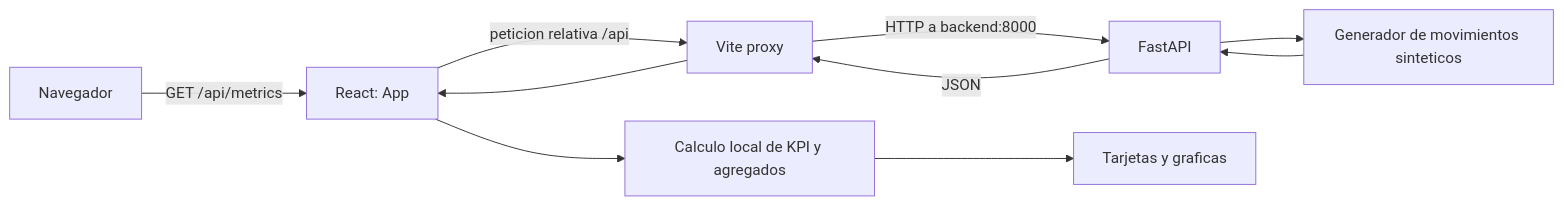
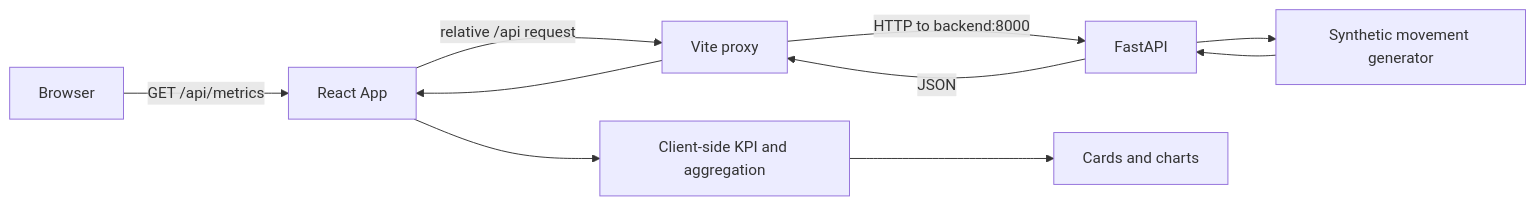
The diagram in verifications.md (4GeeksAcademy/ai-eng-financial-dashboard-context-project-claudia), drawn with Mermaid before and after one commit. The commit also changed other lines of this file and 17 other files, not shown here.

````diff
--- a/verifications.md
+++ b/verifications.md
@@ -37,12 +37,12 @@
 ```mermaid
 flowchart LR
-    B[Navegador] -->|GET /api/metrics| R[React: App]
-    R -->|peticion relativa /api| V[Vite proxy]
-    V -->|HTTP a backend:8000| F[FastAPI]
-    F --> G[Generador de movimientos sinteticos]
+    B[Browser] -->|GET /api/metrics| R[React App]
+    R -->|relative /api request| V[Vite proxy]
+    V -->|HTTP to backend:8000| F[FastAPI]
+    F --> G[Synthetic movement generator]
     G --> F
     F -->|JSON| V
     V --> R
-    R --> K[Calculo local de KPI y agregados]
-    K --> UI[Tarjetas y graficas]
+    R --> K[Client-side KPI and aggregation]
+    K --> UI[Cards and charts]
 ```
````
